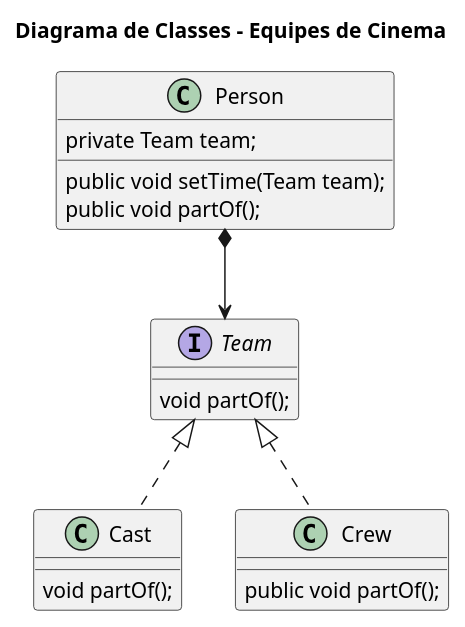
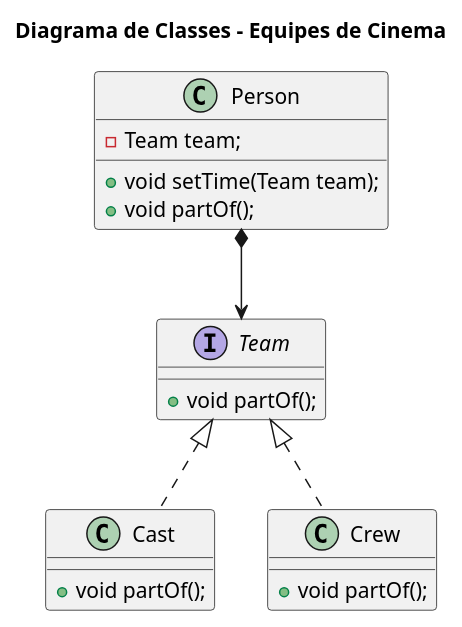
The diagram in Engenharia de Software III/Strategy/diagramas/diagrama.plantuml (brunadias3/bertoti), drawn with PlantUML before and after one commit. The commit also changed 3 other files, not shown here.

Commit message:
fix atributos diagrama

```diff
--- a/Engenharia de Software III/Strategy/diagramas/diagrama.plantuml
+++ b/Engenharia de Software III/Strategy/diagramas/diagrama.plantuml
@@ -1,25 +1,25 @@
 @startuml EquipeCinema
 
 title Diagrama de Classes - Equipes de Cinema
 
 interface Team {
-  void partOf();
+  + void partOf();
 }
 
 class Cast implements Team {
-  void partOf();
+  + void partOf();
 }
 
 class Crew implements Team {
-  public void partOf();
+  + void partOf();
 }
 
 class Person {
-    private Team team;
-    public void setTime(Team team);
-    public void partOf();
+    - Team team;
+    + void setTime(Team team);
+    + void partOf();
 }
 
 Person *--> Team
 
 @enduml
```
